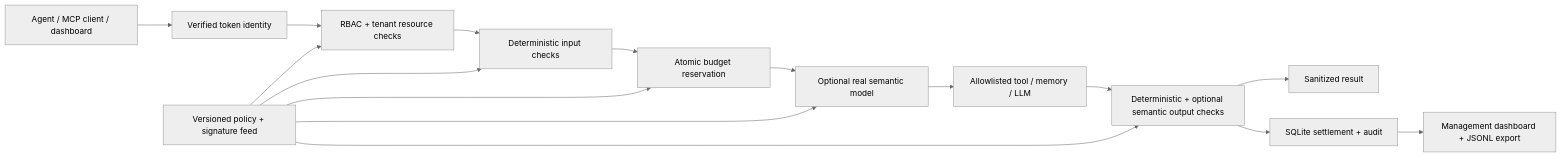
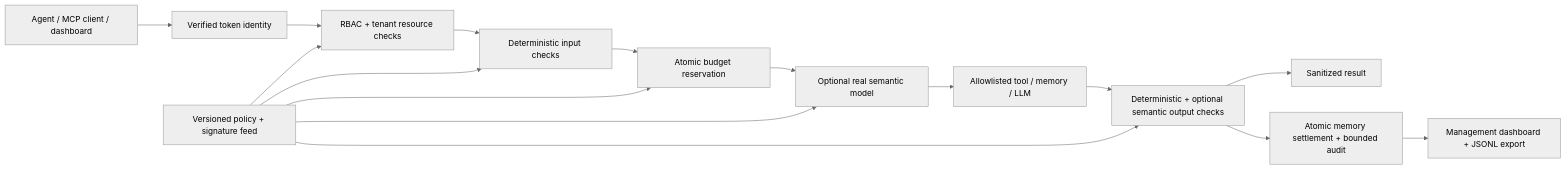
Before and after one commit to llama-lovers/FastFence: the diagram in README.md, drawn with Mermaid (neutral theme). The commit also changed other lines of this file and 31 other files, not shown here.

````diff
--- a/README.md
+++ b/README.md
@@ -49,18 +49,18 @@
 ```mermaid
 flowchart LR
     A[Agent / MCP client / dashboard] --> I[Verified token identity]
     I --> R[RBAC + tenant resource checks]
     R --> D[Deterministic input checks]
     D --> B[Atomic budget reservation]
     B --> S[Optional real semantic model]
     S --> U[Allowlisted tool / memory / LLM]
     U --> O[Deterministic + optional semantic output checks]
     O --> J[Sanitized result]
-    O --> L[SQLite settlement + audit]
+    O --> L[Atomic memory settlement + bounded audit]
     P[Versioned policy + signature feed] --> R
     P --> D
     P --> B
     P --> S
     P --> O
     L --> V[Management dashboard + JSONL export]
 ```
````
